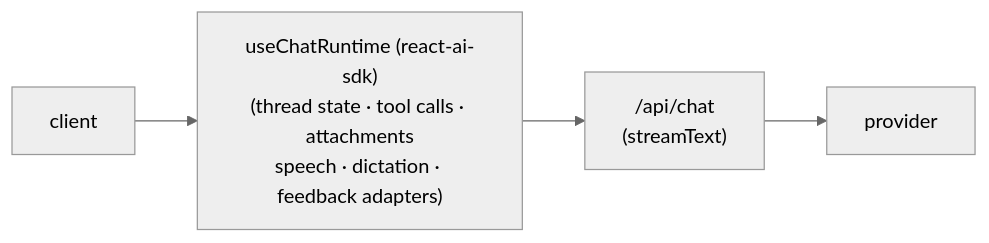
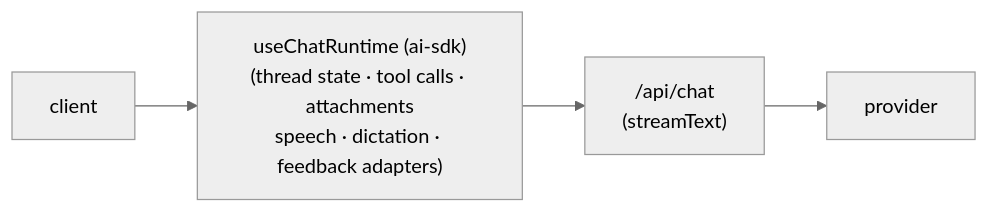
The diagram in apps/docs/content/docs/integrations/frameworks/ai-sdk.mdx (assistant-ui/assistant-ui), drawn with Mermaid (neutral theme) before and after one commit. The commit also changed other lines of this file and 172 other files, not shown here.

````diff
--- a/apps/docs/content/docs/integrations/frameworks/ai-sdk.mdx
+++ b/apps/docs/content/docs/integrations/frameworks/ai-sdk.mdx
@@ -16,9 +16,9 @@
 ```mermaid
 flowchart LR
     client["client"]
-    runtime["useChatRuntime (react-ai-sdk)<br/>(thread state · tool calls · attachments<br/>speech · dictation · feedback adapters)"]
+    runtime["useChatRuntime (ai-sdk)<br/>(thread state · tool calls · attachments<br/>speech · dictation · feedback adapters)"]
     api["/api/chat<br/>(streamText)"]
     provider["provider"]
 
     client --> runtime --> api --> provider
 ```
````
